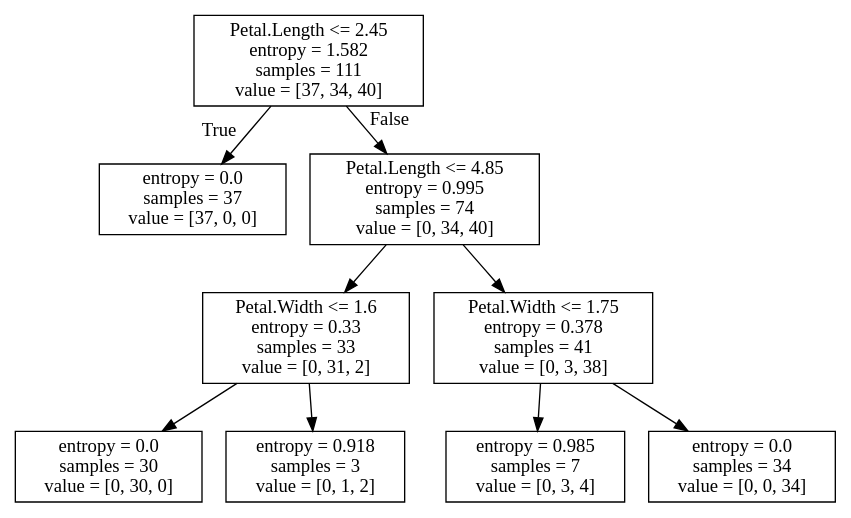
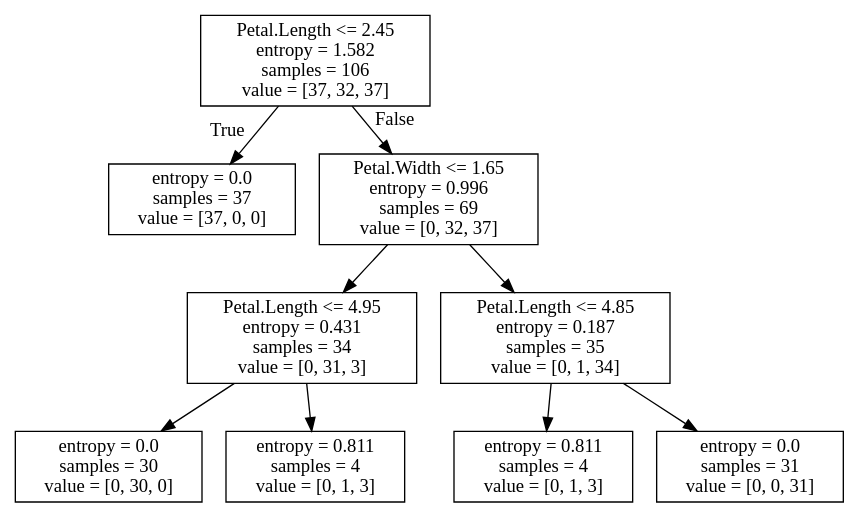
One commit to devJCM/ML-devJCM changed the diagram in iris-dtree.dot. Above: the diagram before and after it, drawn with Graphviz. The commit also changed 15 other files, not shown here.

```diff
--- a/iris-dtree.dot
+++ b/iris-dtree.dot
@@ -1,20 +1,20 @@
 digraph Tree {
 node [shape=box] ;
-0 [label="Petal.Length <= 2.45\nentropy = 1.582\nsamples = 111\nvalue = [37, 34, 40]"] ;
+0 [label="Petal.Length <= 2.45\nentropy = 1.582\nsamples = 106\nvalue = [37, 32, 37]"] ;
 1 [label="entropy = 0.0\nsamples = 37\nvalue = [37, 0, 0]"] ;
 0 -> 1 [labeldistance=2.5, labelangle=45, headlabel="True"] ;
-2 [label="Petal.Length <= 4.85\nentropy = 0.995\nsamples = 74\nvalue = [0, 34, 40]"] ;
+2 [label="Petal.Width <= 1.65\nentropy = 0.996\nsamples = 69\nvalue = [0, 32, 37]"] ;
 0 -> 2 [labeldistance=2.5, labelangle=-45, headlabel="False"] ;
-3 [label="Petal.Width <= 1.6\nentropy = 0.33\nsamples = 33\nvalue = [0, 31, 2]"] ;
+3 [label="Petal.Length <= 4.95\nentropy = 0.431\nsamples = 34\nvalue = [0, 31, 3]"] ;
 2 -> 3 ;
 4 [label="entropy = 0.0\nsamples = 30\nvalue = [0, 30, 0]"] ;
 3 -> 4 ;
-5 [label="entropy = 0.918\nsamples = 3\nvalue = [0, 1, 2]"] ;
+5 [label="entropy = 0.811\nsamples = 4\nvalue = [0, 1, 3]"] ;
 3 -> 5 ;
-6 [label="Petal.Width <= 1.75\nentropy = 0.378\nsamples = 41\nvalue = [0, 3, 38]"] ;
+6 [label="Petal.Length <= 4.85\nentropy = 0.187\nsamples = 35\nvalue = [0, 1, 34]"] ;
 2 -> 6 ;
-7 [label="entropy = 0.985\nsamples = 7\nvalue = [0, 3, 4]"] ;
+7 [label="entropy = 0.811\nsamples = 4\nvalue = [0, 1, 3]"] ;
 6 -> 7 ;
-8 [label="entropy = 0.0\nsamples = 34\nvalue = [0, 0, 34]"] ;
+8 [label="entropy = 0.0\nsamples = 31\nvalue = [0, 0, 31]"] ;
 6 -> 8 ;
 }
```
